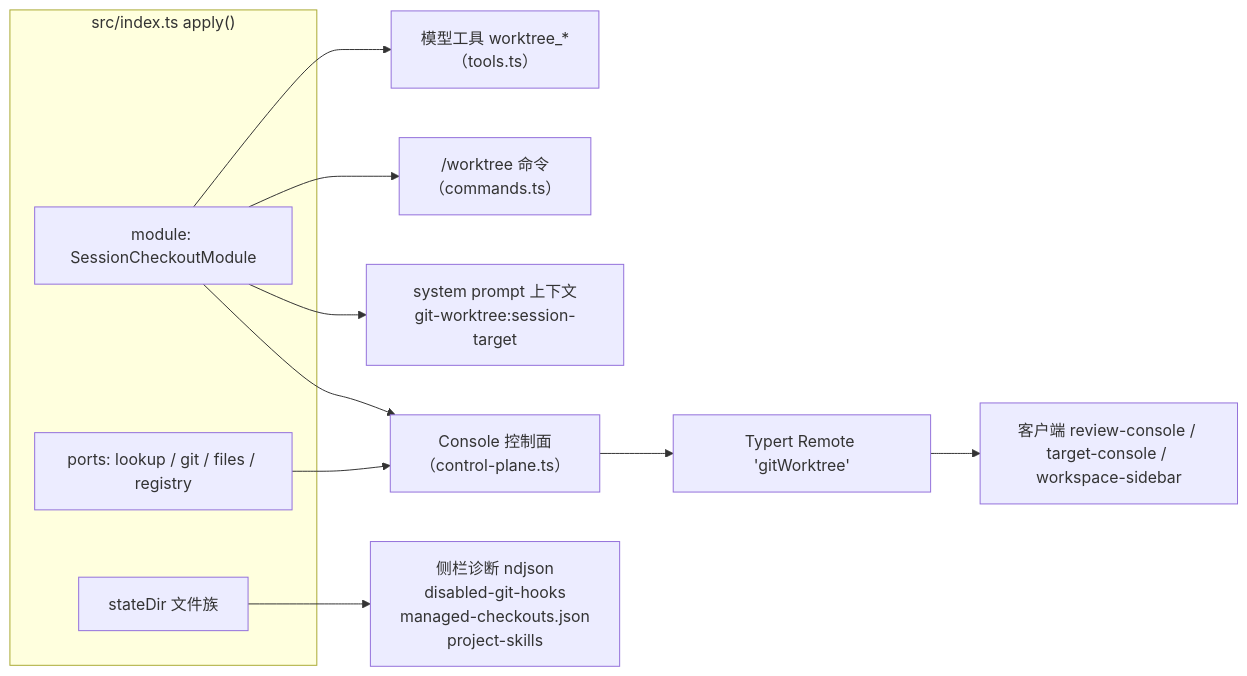
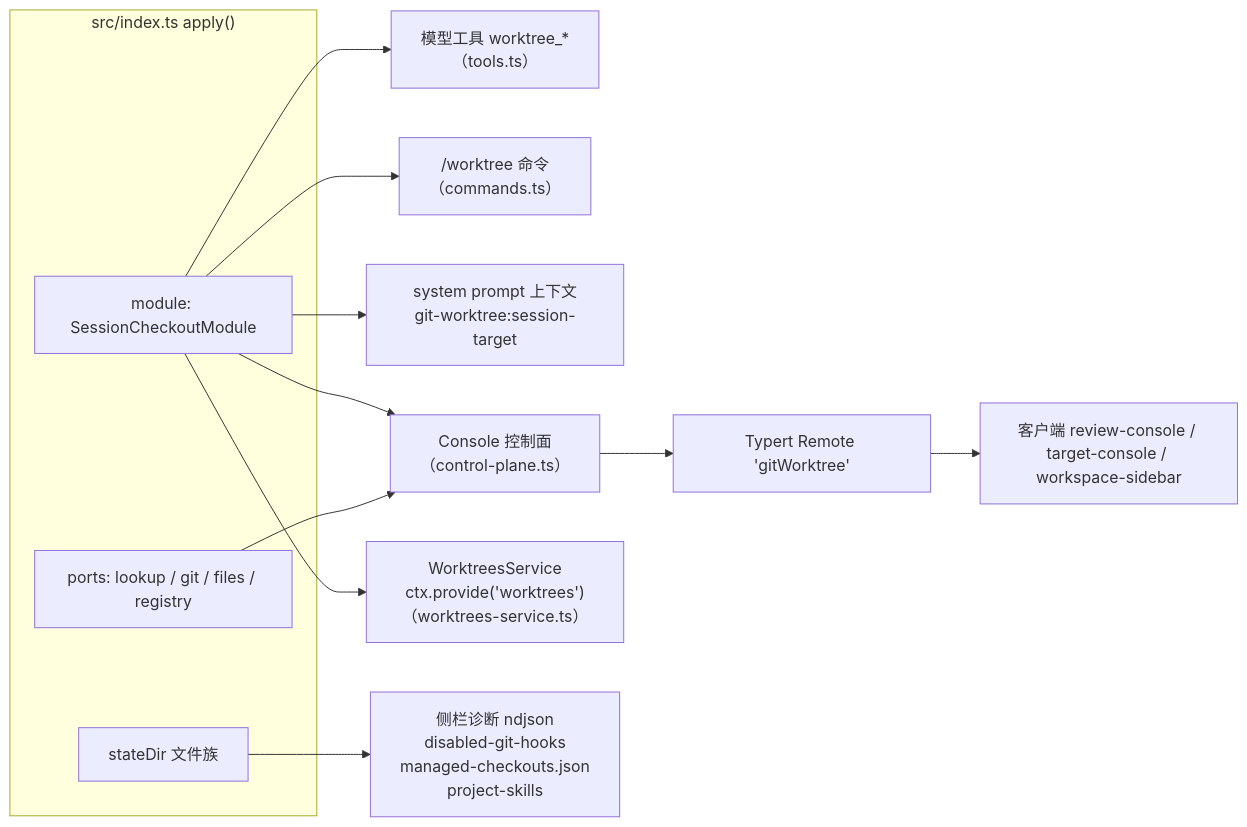
Before and after one commit to ikliml666/dsh-git-workspace: the seventh of 7 diagrams in .codewiki/modules/src-index-ts.md, drawn with Mermaid. The commit also changed other lines of this file and 60 other files, not shown here.

````diff
--- a/.codewiki/modules/src-index-ts.md
+++ b/.codewiki/modules/src-index-ts.md
@@ -419,18 +426,19 @@
 ```mermaid
 flowchart LR
     subgraph PRODUCER["src/index.ts apply()"]
         M1["module: SessionCheckoutModule"]
         P1["ports: lookup / git / files / registry"]
         S1["stateDir 文件族"]
     end
 
     M1 --> T1["模型工具 worktree_*<br/>（tools.ts）"]
     M1 --> T2["/worktree 命令<br/>（commands.ts）"]
     M1 --> T3["system prompt 上下文<br/>git-worktree:session-target"]
     M1 --> T4["Console 控制面<br/>（control-plane.ts）"]
+    M1 --> T6["WorktreesService<br/>ctx.provide('worktrees')（worktrees-service.ts）"]
     P1 --> T4
     S1 --> T5["侧栏诊断 ndjson<br/>disabled-git-hooks<br/>managed-checkouts.json<br/>project-skills"]
 
     T4 --> RPC["Typert Remote 'gitWorktree'"]
     RPC --> CL["客户端 review-console / target-console / workspace-sidebar"]
 ```
````
